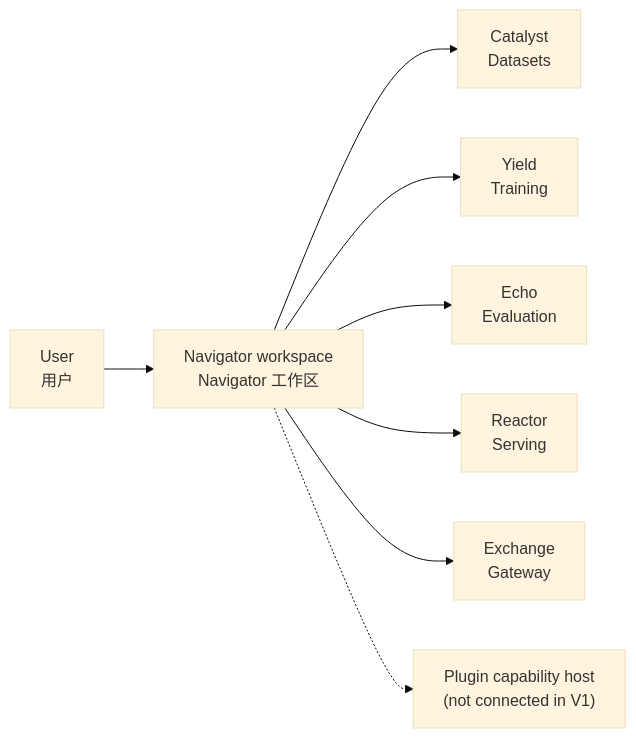
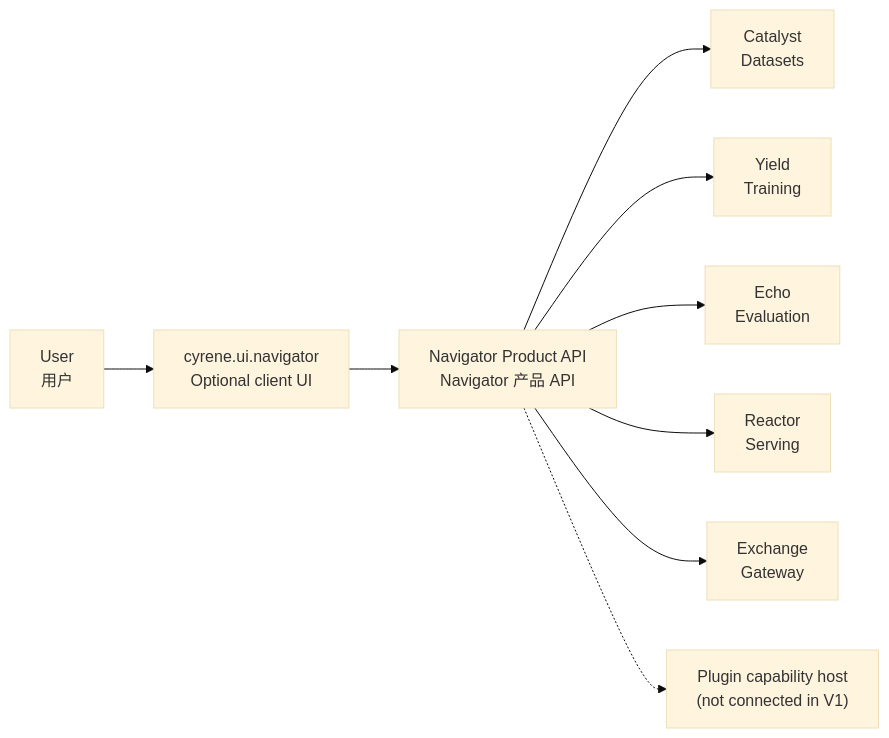
One commit to DoHorizon-AI/Cyrene-Navigator changed the diagram in docs/architecture/overview.md. Above: the diagram before and after it, drawn with Mermaid (base theme). The commit also changed other lines of this file and 95 other files, not shown here.

````diff
--- a/docs/architecture/overview.md
+++ b/docs/architecture/overview.md
@@ -32,11 +22,12 @@
 ```mermaid
 flowchart LR
-    User["User\n用户"] --> Workspace["Navigator workspace\nNavigator 工作区"]
+    User["User\n用户"] --> UI["cyrene.ui.navigator\nOptional client UI"]
+    UI --> Workspace["Navigator Product API\nNavigator 产品 API"]
     Workspace --> Catalyst["Catalyst\nDatasets"]
     Workspace --> Yield["Yield\nTraining"]
     Workspace --> Echo["Echo\nEvaluation"]
     Workspace --> Reactor["Reactor\nServing"]
     Workspace --> Exchange["Exchange\nGateway"]
 
     Workspace -.-> Host["Plugin capability host\n(not connected in V1)"]
 ```
````
